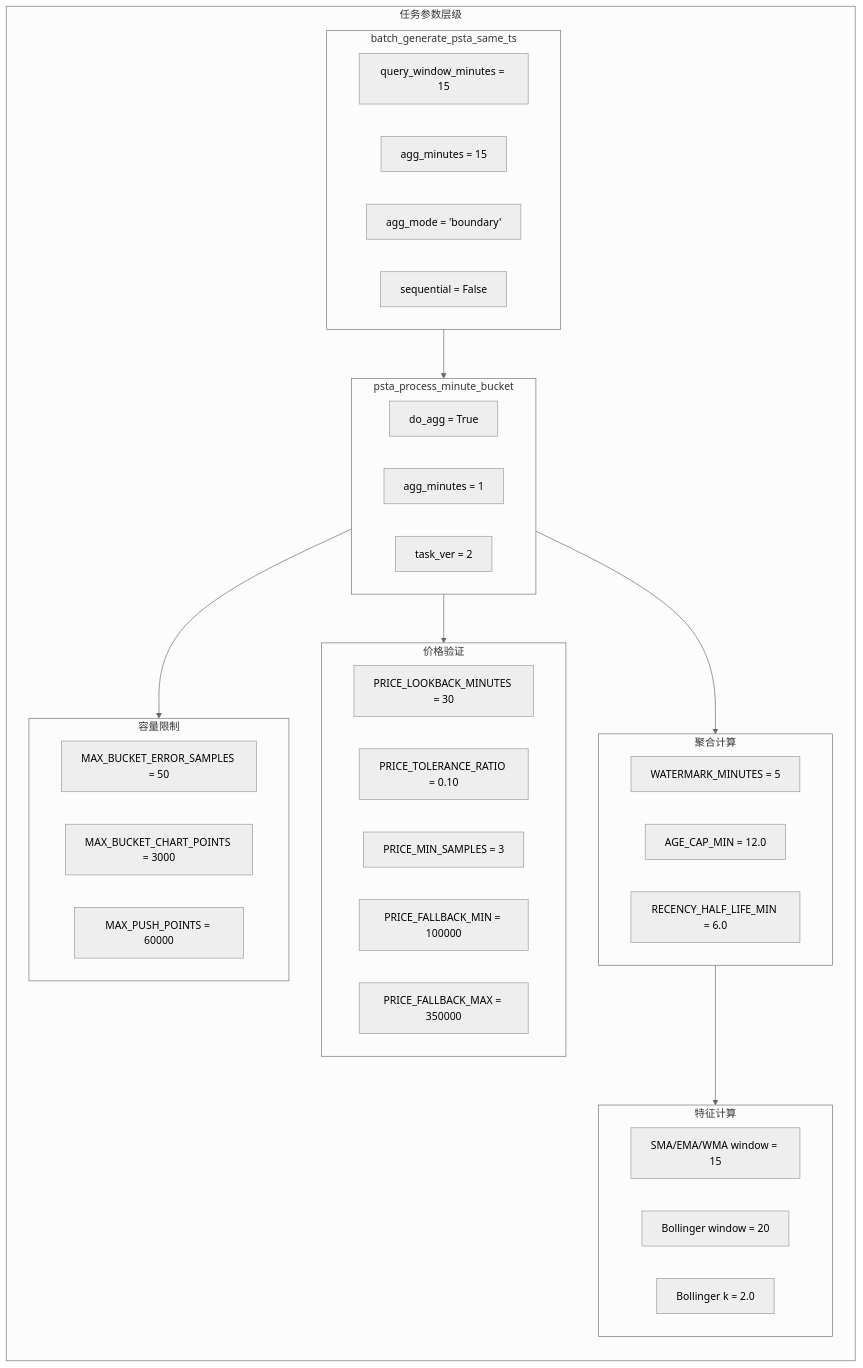
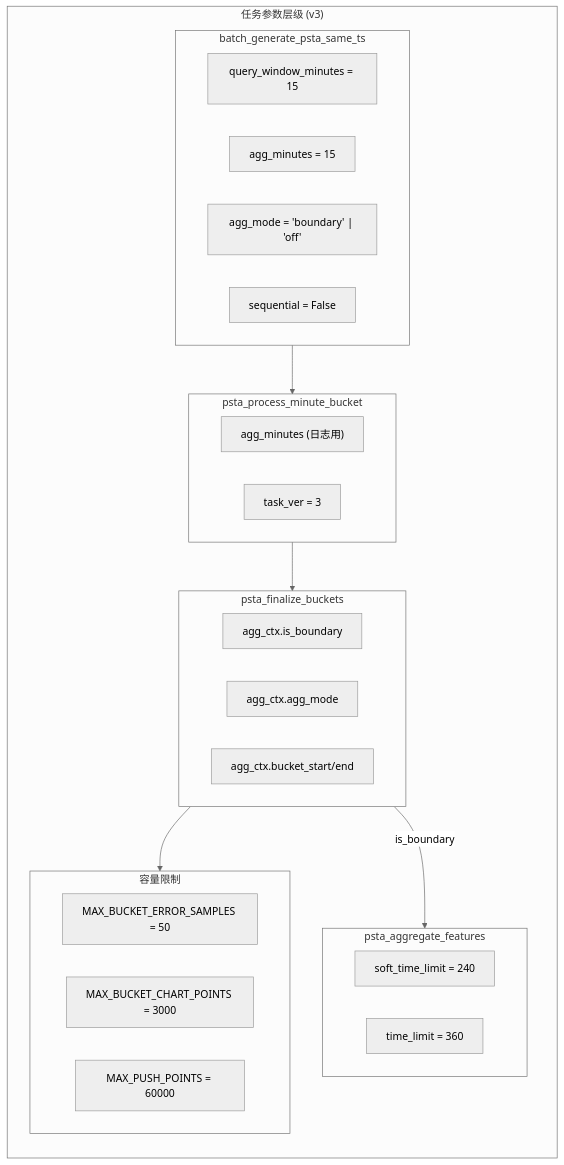
One commit to zhujiansamuel/YamagotiProjects changed the sixth of 6 diagrams in docs/TIMESTAMP_ALIGNMENT_TASK_FLOWCHART.md. Above: the diagram before and after it, drawn with Mermaid (neutral theme). The commit also changed other lines of this file and 3 other files, not shown here.

First line of the commit message:
refactor: PSTA v3 - move aggregation to finalize with separate task

````diff
--- a/docs/TIMESTAMP_ALIGNMENT_TASK_FLOWCHART.md
+++ b/docs/TIMESTAMP_ALIGNMENT_TASK_FLOWCHART.md
@@ -342,51 +364,40 @@
 ```mermaid
 flowchart TB
-    subgraph TaskParams["任务参数层级"]
+    subgraph TaskParams["任务参数层级 (v3)"]
         direction TB
 
         subgraph Parent["batch_generate_psta_same_ts"]
             P1["query_window_minutes = 15"]
             P2["agg_minutes = 15"]
-            P3["agg_mode = 'boundary'"]
+            P3["agg_mode = 'boundary' | 'off'"]
             P4["sequential = False"]
         end
 
         subgraph Child["psta_process_minute_bucket"]
-            C1["do_agg = True"]
-            C2["agg_minutes = 1"]
-            C3["task_ver = 2"]
+            C1["agg_minutes (日志用)"]
+            C2["task_ver = 3"]
+        end
+
+        subgraph Finalize["psta_finalize_buckets"]
+            F1["agg_ctx.is_boundary"]
+            F2["agg_ctx.agg_mode"]
+            F3["agg_ctx.bucket_start/end"]
+        end
+
+        subgraph Aggregate["psta_aggregate_features"]
+            AG1["soft_time_limit = 240"]
+            AG2["time_limit = 360"]
         end
 
         subgraph Limits["容量限制"]
             L1["MAX_BUCKET_ERROR_SAMPLES = 50"]
             L2["MAX_BUCKET_CHART_POINTS = 3000"]
             L3["MAX_PUSH_POINTS = 60000"]
         end
-
-        subgraph Price["价格验证"]
-            PR1["PRICE_LOOKBACK_MINUTES = 30"]
-            PR2["PRICE_TOLERANCE_RATIO = 0.10"]
-            PR3["PRICE_MIN_SAMPLES = 3"]
-            PR4["PRICE_FALLBACK_MIN = 100000"]
-            PR5["PRICE_FALLBACK_MAX = 350000"]
-        end
-
-        subgraph Agg["聚合计算"]
-            A1["WATERMARK_MINUTES = 5"]
-            A2["AGE_CAP_MIN = 12.0"]
-            A3["RECENCY_HALF_LIFE_MIN = 6.0"]
-        end
-
-        subgraph Features["特征计算"]
-            F1["SMA/EMA/WMA window = 15"]
-            F2["Bollinger window = 20"]
-            F3["Bollinger k = 2.0"]
-        end
     end
 
     Parent --> Child
-    Child --> Limits
-    Child --> Price
-    Child --> Agg
-    Agg --> Features
+    Child --> Finalize
+    Finalize -->|is_boundary| Aggregate
+    Finalize --> Limits
 ```
````
